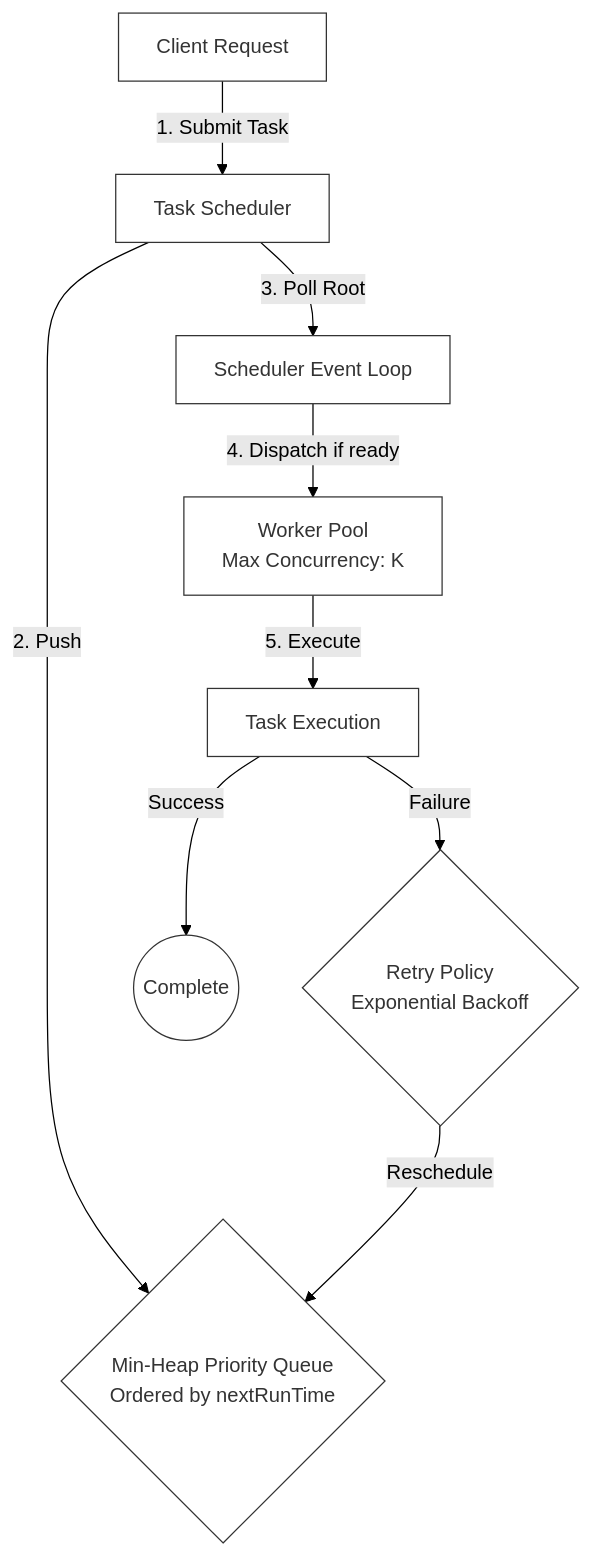
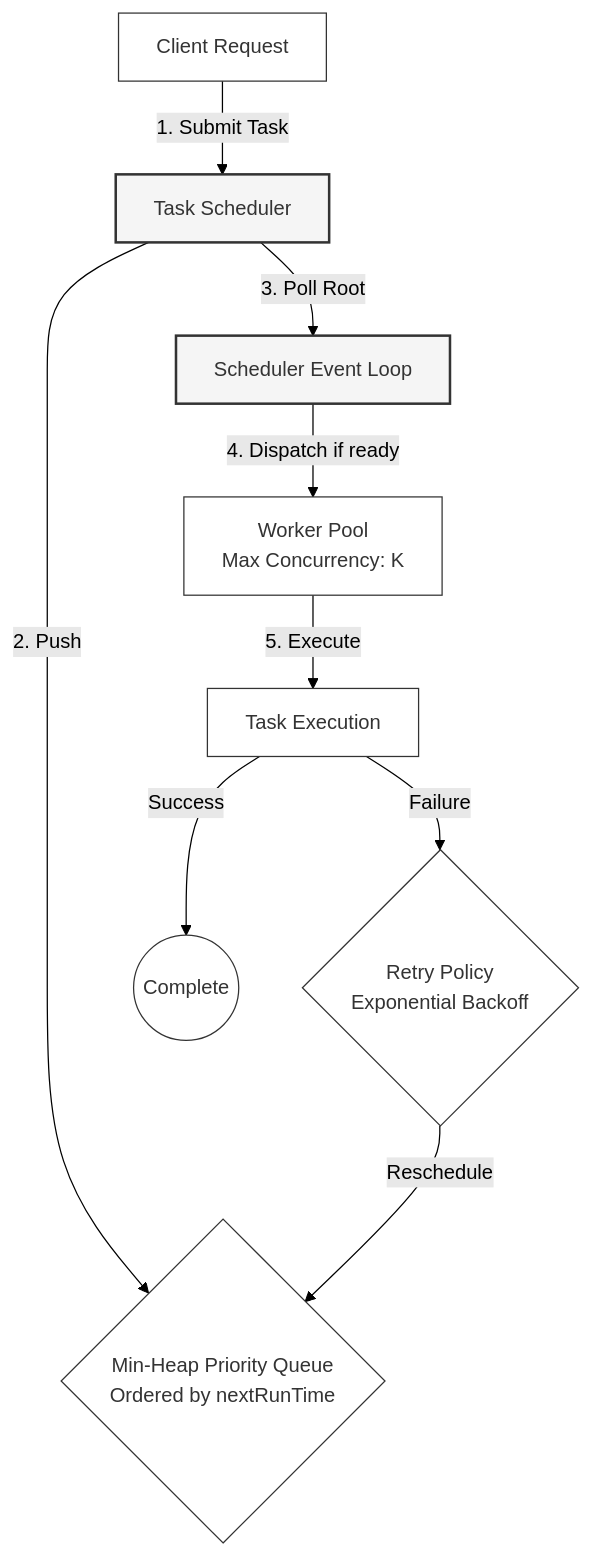
The diagram in projects/08-task-scheduler/README.md (nishant-iith/learning-with-projects), drawn with Mermaid (forest theme) before and after one commit. The commit also changed other lines of this file and 61 other files, not shown here.

````diff
--- a/projects/08-task-scheduler/README.md
+++ b/projects/08-task-scheduler/README.md
@@ -11,13 +13,14 @@
 ```mermaid
 graph TD
     classDef default fill:#ffffff,stroke:#333333,stroke-width:1px,color:#333333;
+    classDef highlight fill:#f5f5f5,stroke:#333333,stroke-width:2px,color:#333333;
 
-    Client[Client Request] -->|1. Submit Task| TS[Task Scheduler]
+    Client[Client Request] -->|1. Submit Task| TS[Task Scheduler]:::highlight
     TS -->|2. Push| Heap{Min-Heap Priority Queue\nOrdered by nextRunTime}
-    TS -->|3. Poll Root| Loop[Scheduler Event Loop]
+    TS -->|3. Poll Root| Loop[Scheduler Event Loop]:::highlight
     Loop -->|4. Dispatch if ready| WP[Worker Pool\nMax Concurrency: K]
     WP -->|5. Execute| Task[Task Execution]
     Task -->|Success| Complete((Complete))
     Task -->|Failure| Retry{Retry Policy\nExponential Backoff}
     Retry -->|Reschedule| Heap
 ```
````
